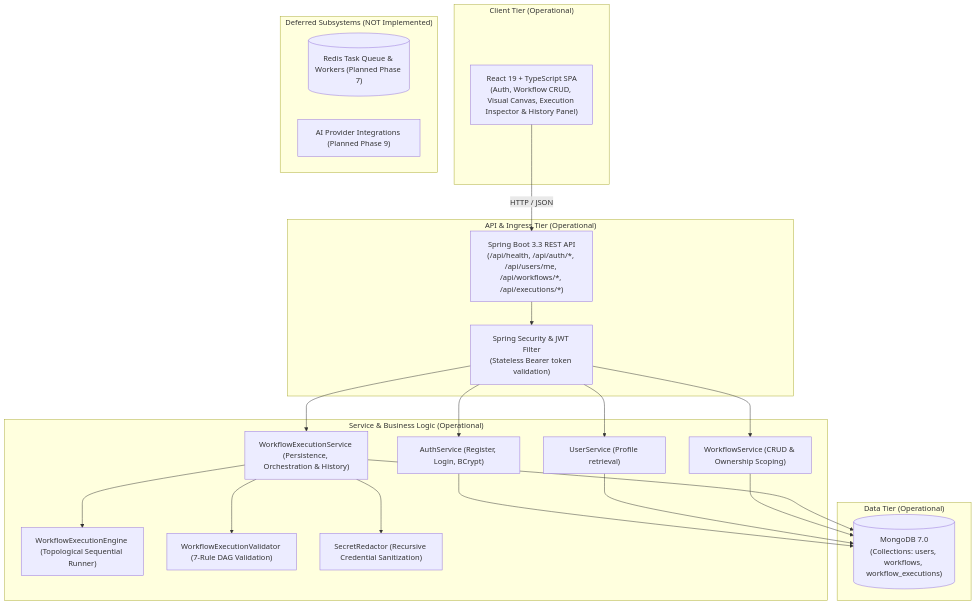
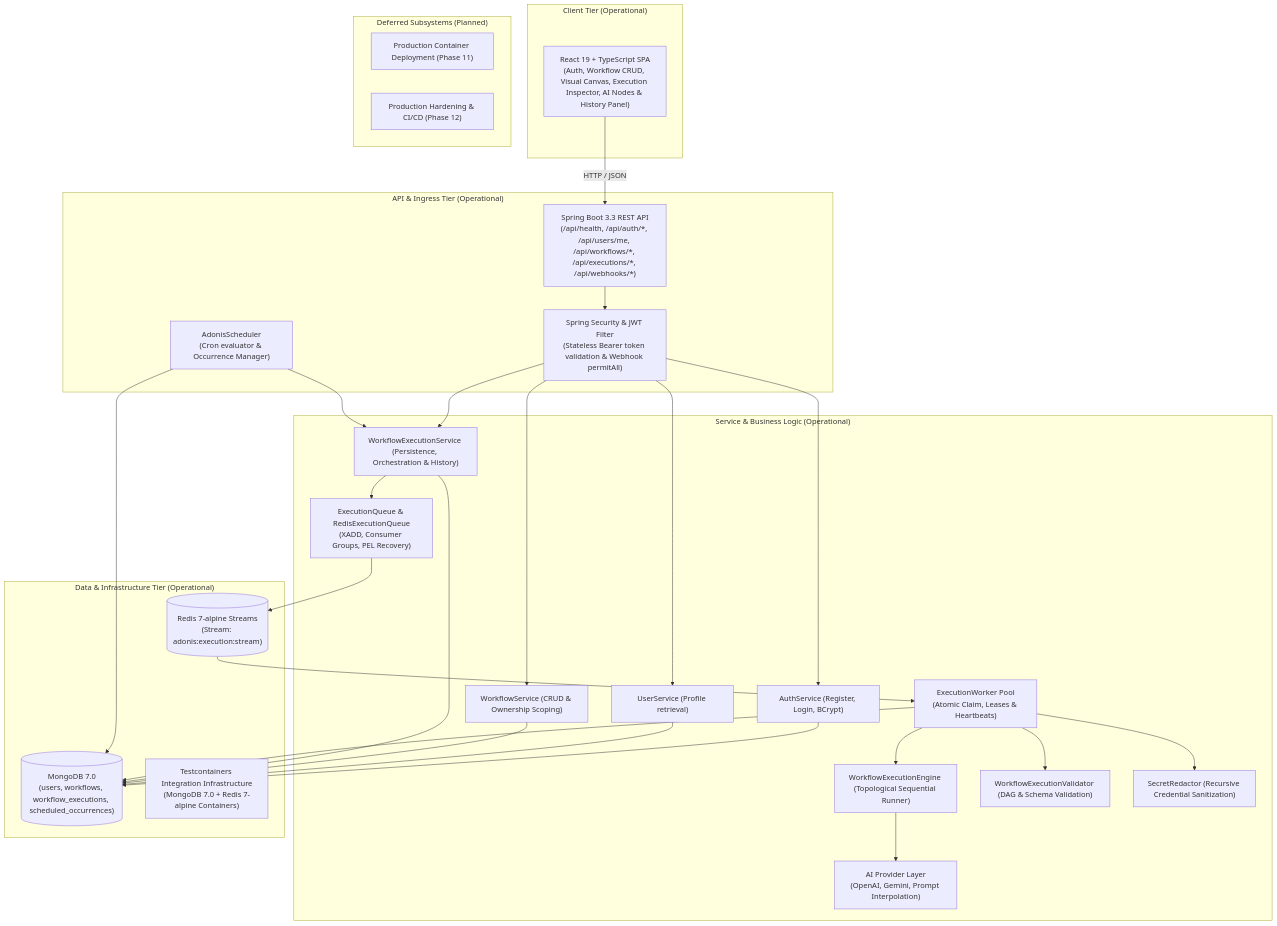
The diagram in ARCHITECTURE.md (abhijeet-rx/Adonis), drawn with Mermaid before and after one commit. The commit also changed other lines of this file and 11 other files, not shown here.

Commit message:
test(phase-10): finalize integration testing

````diff
--- a/ARCHITECTURE.md
+++ b/ARCHITECTURE.md
@@ -208,44 +229,57 @@
 ```mermaid
 graph TD
     subgraph Client["Client Tier (Operational)"]
-        UI["React 19 + TypeScript SPA<br/>(Auth, Workflow CRUD, Visual Canvas, Execution Inspector & History Panel)"]
+        UI["React 19 + TypeScript SPA<br/>(Auth, Workflow CRUD, Visual Canvas, Execution Inspector, AI Nodes & History Panel)"]
     end
 
     subgraph Gateway["API & Ingress Tier (Operational)"]
-        API["Spring Boot 3.3 REST API<br/>(/api/health, /api/auth/*, /api/users/me, /api/workflows/*, /api/executions/*)"]
-        AUTH["Spring Security & JWT Filter<br/>(Stateless Bearer token validation)"]
+        API["Spring Boot 3.3 REST API<br/>(/api/health, /api/auth/*, /api/users/me, /api/workflows/*, /api/executions/*, /api/webhooks/*)"]
+        AUTH["Spring Security & JWT Filter<br/>(Stateless Bearer token validation & Webhook permitAll)"]
+        SCHEDULER["AdonisScheduler<br/>(Cron evaluator & Occurrence Manager)"]
     end
 
     subgraph ServiceLayer["Service & Business Logic (Operational)"]
         AUTH_SVC["AuthService (Register, Login, BCrypt)"]
         USER_SVC["UserService (Profile retrieval)"]
         WF_SVC["WorkflowService (CRUD & Ownership Scoping)"]
         EXEC_SVC["WorkflowExecutionService (Persistence, Orchestration & History)"]
+        QUEUE["ExecutionQueue & RedisExecutionQueue<br/>(XADD, Consumer Groups, PEL Recovery)"]
+        WORKER["ExecutionWorker Pool<br/>(Atomic Claim, Leases & Heartbeats)"]
         ENGINE["WorkflowExecutionEngine (Topological Sequential Runner)"]
-        VALIDATOR["WorkflowExecutionValidator (7-Rule DAG Validation)"]
+        VALIDATOR["WorkflowExecutionValidator (DAG & Schema Validation)"]
+        AI_LAYER["AI Provider Layer<br/>(OpenAI, Gemini, Prompt Interpolation)"]
         REDACTOR["SecretRedactor (Recursive Credential Sanitization)"]
     end
 
-    subgraph Storage["Data Tier (Operational)"]
-        MONGO[("MongoDB 7.0<br/>(Collections: users, workflows, workflow_executions)")]
+    subgraph Storage["Data & Infrastructure Tier (Operational)"]
+        MONGO[("MongoDB 7.0<br/>(users, workflows, workflow_executions, scheduled_occurrences)")]
+        REDIS[("Redis 7-alpine Streams<br/>(Stream: adonis:execution:stream)")]
+        TESTCONTAINERS["Testcontainers Integration Infrastructure<br/>(MongoDB 7.0 + Redis 7-alpine Containers)"]
     end
 
-    subgraph Deferred["Deferred Subsystems (NOT Implemented)"]
-        REDIS[("Redis Task Queue & Workers (Planned Phase 7)")]
-        AI["AI Provider Integrations (Planned Phase 9)"]
+    subgraph Planned["Deferred Subsystems (Planned)"]
+        DOCKER_PROD["Production Container Deployment (Phase 11)"]
+        PROD_HARDENING["Production Hardening & CI/CD (Phase 12)"]
     end
 
     UI -->|HTTP / JSON| API
     API --> AUTH
     AUTH --> AUTH_SVC
     AUTH --> USER_SVC
     AUTH --> WF_SVC
     AUTH --> EXEC_SVC
-    EXEC_SVC --> VALIDATOR
-    EXEC_SVC --> ENGINE
-    EXEC_SVC --> REDACTOR
+    SCHEDULER --> EXEC_SVC
+    EXEC_SVC --> QUEUE
+    QUEUE --> REDIS
+    REDIS --> WORKER
+    WORKER --> VALIDATOR
+    WORKER --> ENGINE
+    ENGINE --> AI_LAYER
+    WORKER --> REDACTOR
     AUTH_SVC --> MONGO
     USER_SVC --> MONGO
     WF_SVC --> MONGO
     EXEC_SVC --> MONGO
+    SCHEDULER --> MONGO
+    WORKER --> MONGO
 ```
````
